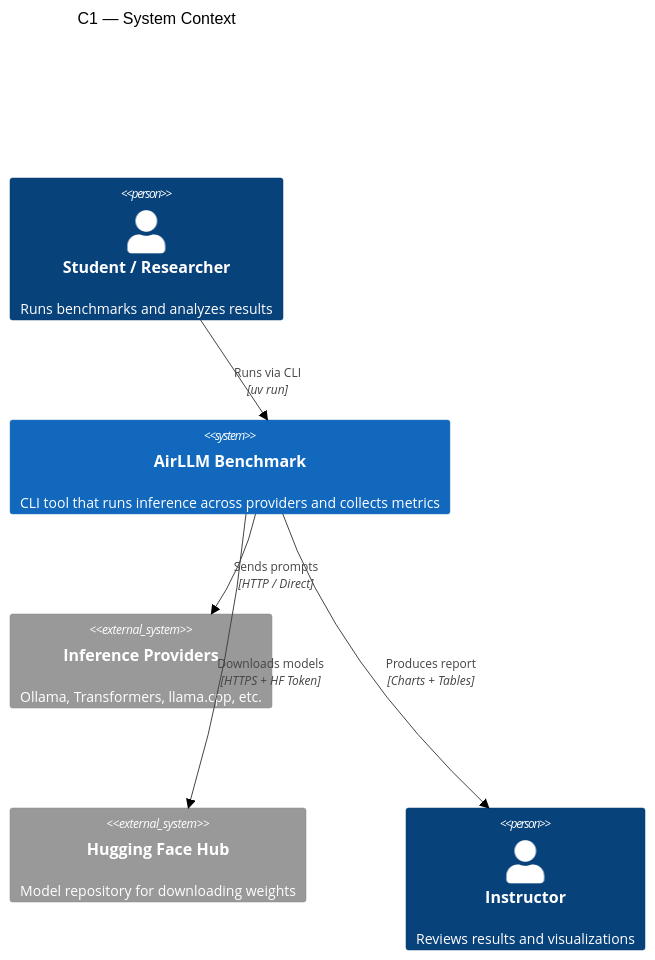
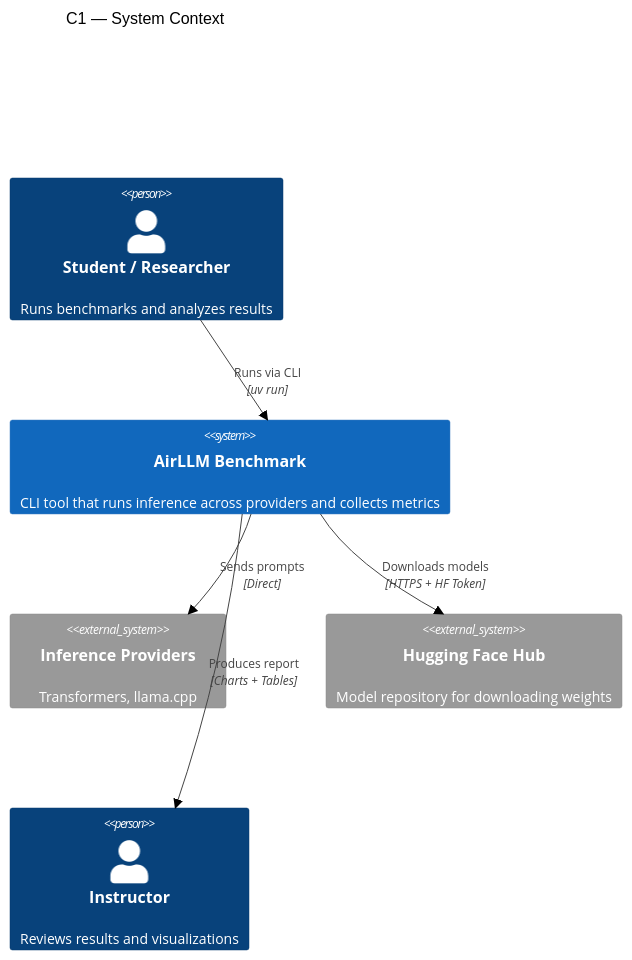
The first of 5 diagrams in docs/PLAN.md (Us5rName/ai-orchestration-ex5), drawn with Mermaid (neutral theme) before and after one commit. The commit also changed other lines of this file and 13 other files, not shown here.

````diff
--- a/docs/PLAN.md
+++ b/docs/PLAN.md
@@ -19,15 +19,15 @@
 ```mermaid
 C4Context
     title C1 — System Context
 
     Person(student, "Student / Researcher", "Runs benchmarks and analyzes results")
     System(benchmark, "AirLLM Benchmark", "CLI tool that runs inference across providers and collects metrics")
-    System_Ext(inference_providers, "Inference Providers", "Ollama, Transformers, llama.cpp, etc.")
+    System_Ext(inference_providers, "Inference Providers", "Transformers, llama.cpp")
     System_Ext(huggingface, "Hugging Face Hub", "Model repository for downloading weights")
     Person(instructor, "Instructor", "Reviews results and visualizations")
 
     Rel(student, benchmark, "Runs via CLI", "uv run")
-    Rel(benchmark, inference_providers, "Sends prompts", "HTTP / Direct")
+    Rel(benchmark, inference_providers, "Sends prompts", "Direct")
     Rel(benchmark, huggingface, "Downloads models", "HTTPS + HF Token")
     Rel(benchmark, instructor, "Produces report", "Charts + Tables")
 ```
````
